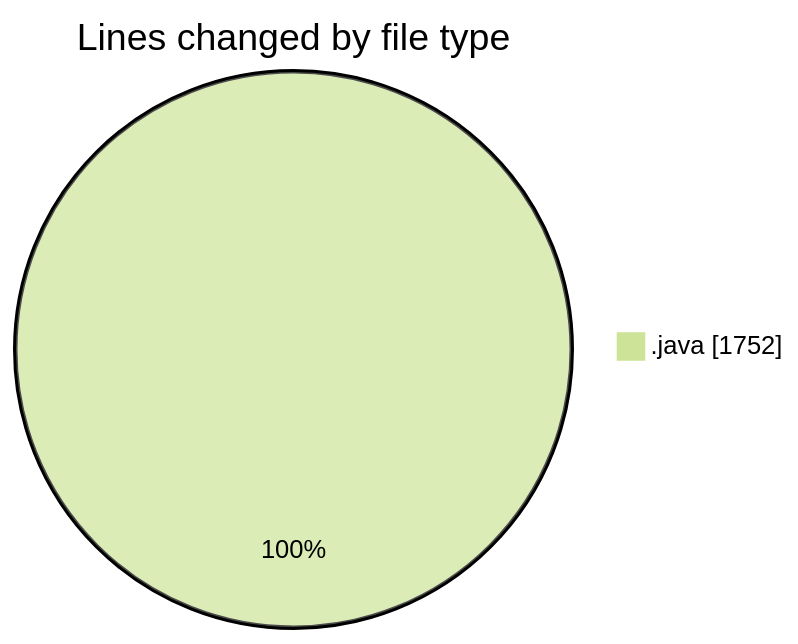
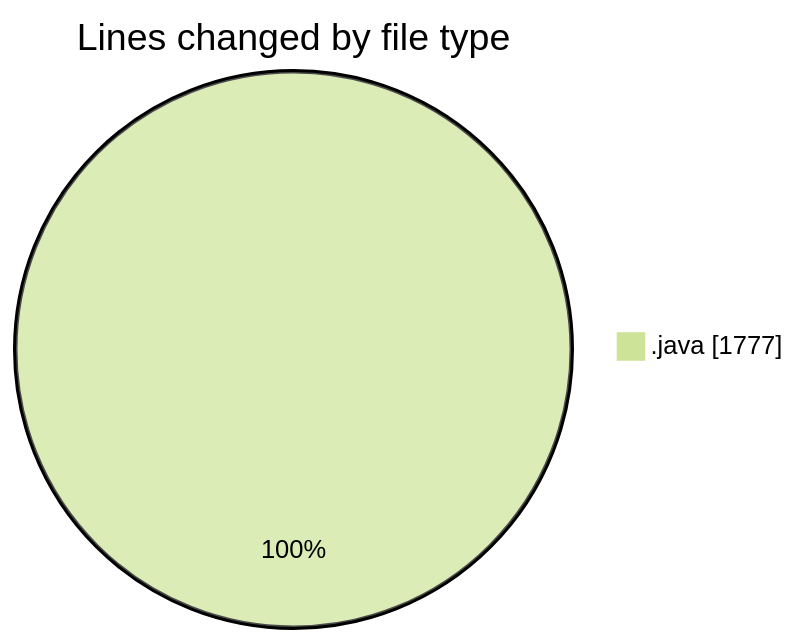
Before and after one commit to ricardozamudiocil/code-tracking: the first of 2 diagrams in 2026-09-08/cilapp/README.md, drawn with Mermaid (forest theme). The commit also changed other lines of this file and 1 other file, not shown here.

````diff
--- a/2026-09-08/cilapp/README.md
+++ b/2026-09-08/cilapp/README.md
@@ -21,5 +22,5 @@
 ```mermaid
 pie showData
 title Lines changed by file type
-".java" : 1752
+".java" : 1777
 ```
````
